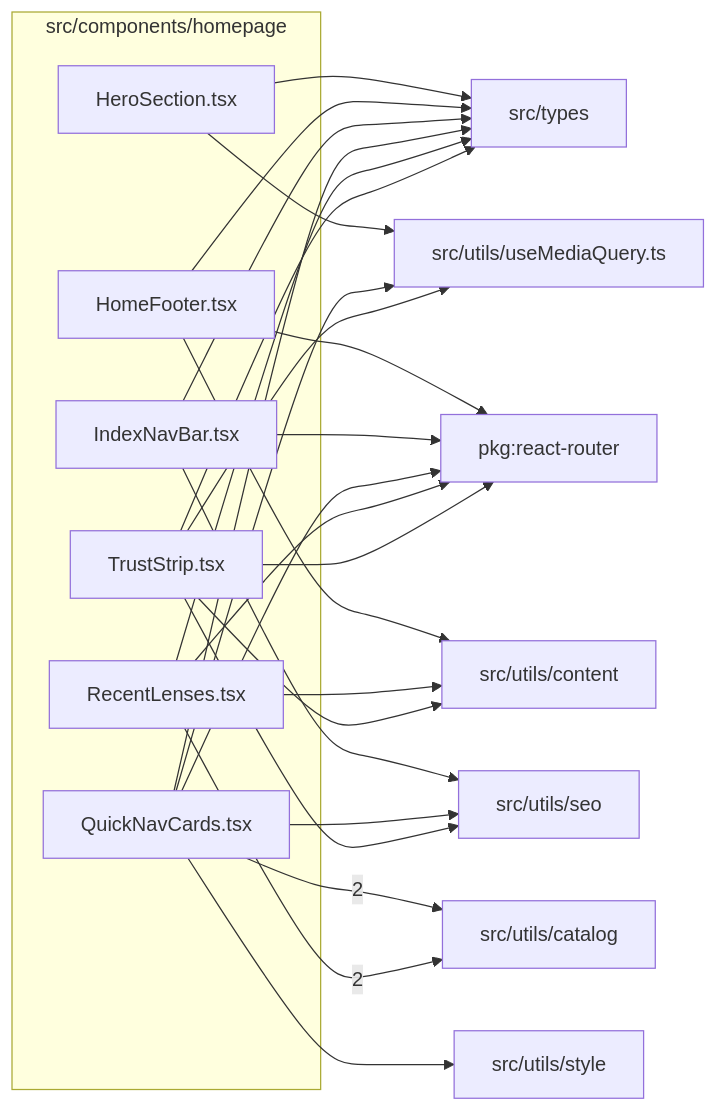
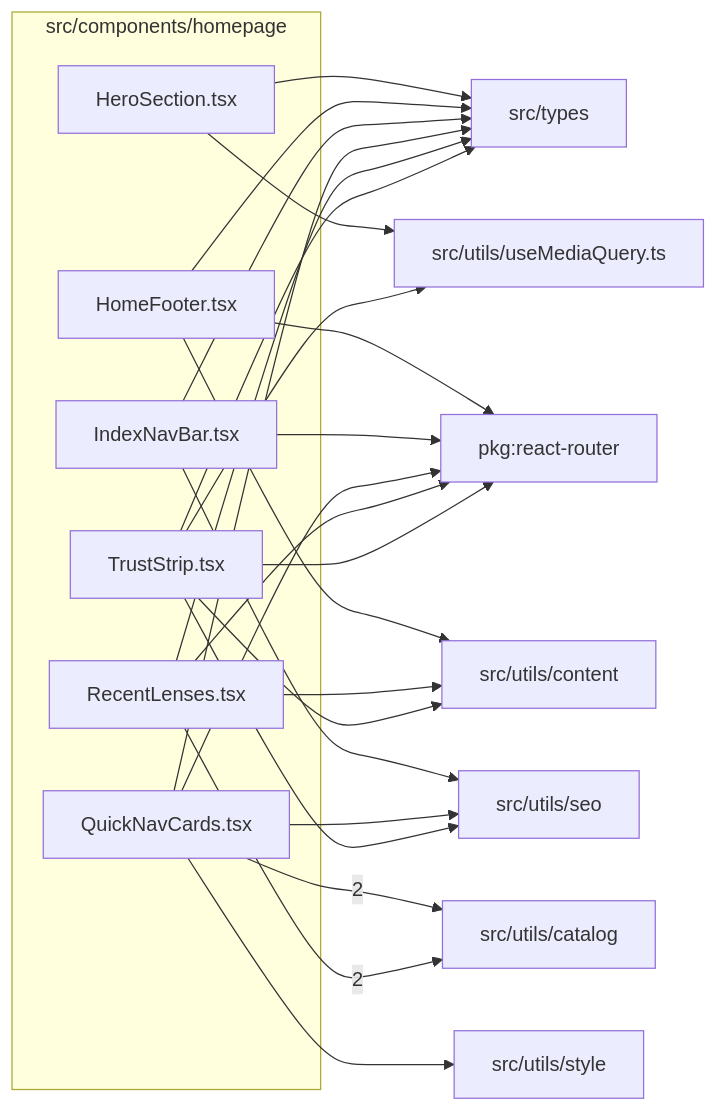
One commit to ronbuening/LensVisualizer changed the diagram in src/components/homepage/readme.md. Above: the diagram before and after it, drawn with Mermaid. The commit also changed other lines of this file and 3 other files, not shown here.

````diff
--- a/src/components/homepage/readme.md
+++ b/src/components/homepage/readme.md
@@ -9,41 +9,40 @@
 ```mermaid
 flowchart LR
   subgraph n_src_components_homepage["src/components/homepage"]
     n_src_components_homepage_src_components_homepage_HeroSection_tsx["HeroSection.tsx"]
     n_src_components_homepage_src_components_homepage_HomeFooter_tsx["HomeFooter.tsx"]
     n_src_components_homepage_src_components_homepage_IndexNavBar_tsx["IndexNavBar.tsx"]
     n_src_components_homepage_src_components_homepage_QuickNavCards_tsx["QuickNavCards.tsx"]
     n_src_components_homepage_src_components_homepage_RecentLenses_tsx["RecentLenses.tsx"]
     n_src_components_homepage_src_components_homepage_TrustStrip_tsx["TrustStrip.tsx"]
   end
   n_external_src_utils_catalog["src/utils/catalog"]
   n_external_pkg_react_router["pkg:react-router"]
   n_external_src_types["src/types"]
   n_external_src_utils_content["src/utils/content"]
   n_external_src_utils_seo["src/utils/seo"]
   n_external_src_utils_style["src/utils/style"]
   n_external_src_utils_useMediaQuery_ts["src/utils/useMediaQuery.ts"]
   n_src_components_homepage_src_components_homepage_QuickNavCards_tsx --> |2| n_external_src_utils_catalog
   n_src_components_homepage_src_components_homepage_RecentLenses_tsx --> |2| n_external_src_utils_catalog
   n_src_components_homepage_src_components_homepage_HomeFooter_tsx --> n_external_pkg_react_router
   n_src_components_homepage_src_components_homepage_IndexNavBar_tsx --> n_external_pkg_react_router
   n_src_components_homepage_src_components_homepage_QuickNavCards_tsx --> n_external_pkg_react_router
   n_src_components_homepage_src_components_homepage_RecentLenses_tsx --> n_external_pkg_react_router
   n_src_components_homepage_src_components_homepage_TrustStrip_tsx --> n_external_pkg_react_router
   n_src_components_homepage_src_components_homepage_HeroSection_tsx --> n_external_src_types
   n_src_components_homepage_src_components_homepage_HomeFooter_tsx --> n_external_src_types
   n_src_components_homepage_src_components_homepage_IndexNavBar_tsx --> n_external_src_types
   n_src_components_homepage_src_components_homepage_QuickNavCards_tsx --> n_external_src_types
   n_src_components_homepage_src_components_homepage_RecentLenses_tsx --> n_external_src_types
   n_src_components_homepage_src_components_homepage_TrustStrip_tsx --> n_external_src_types
   n_src_components_homepage_src_components_homepage_HomeFooter_tsx --> n_external_src_utils_content
   n_src_components_homepage_src_components_homepage_RecentLenses_tsx --> n_external_src_utils_content
   n_src_components_homepage_src_components_homepage_TrustStrip_tsx --> n_external_src_utils_content
   n_src_components_homepage_src_components_homepage_IndexNavBar_tsx --> n_external_src_utils_seo
   n_src_components_homepage_src_components_homepage_QuickNavCards_tsx --> n_external_src_utils_seo
   n_src_components_homepage_src_components_homepage_TrustStrip_tsx --> n_external_src_utils_seo
   n_src_components_homepage_src_components_homepage_QuickNavCards_tsx --> n_external_src_utils_style
   n_src_components_homepage_src_components_homepage_HeroSection_tsx --> n_external_src_utils_useMediaQuery_ts
-  n_src_components_homepage_src_components_homepage_QuickNavCards_tsx --> n_external_src_utils_useMediaQuery_ts
   n_src_components_homepage_src_components_homepage_TrustStrip_tsx --> n_external_src_utils_useMediaQuery_ts
 ```
````
